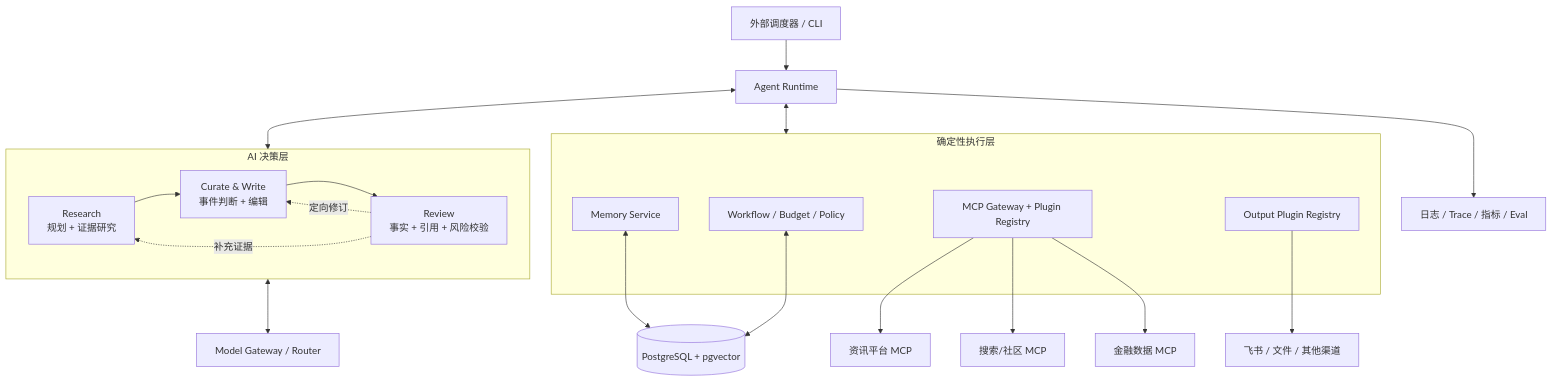
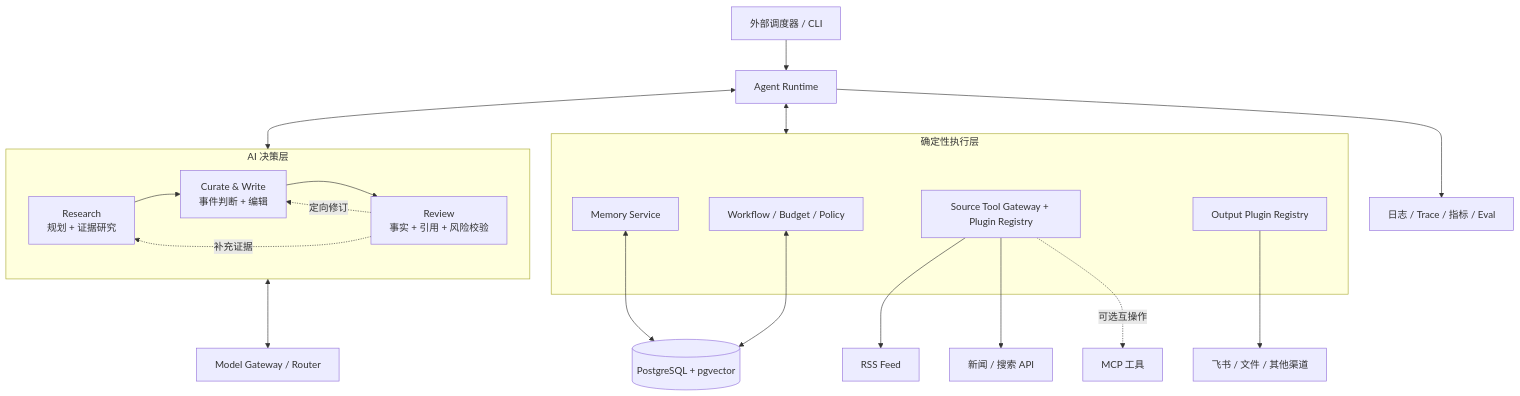
The first of 4 diagrams in docs/technical-design.md (liuxzzz/finance-ai-news-agent), drawn with Mermaid before and after one commit. The commit also changed other lines of this file and 42 other files, not shown here.

````diff
--- a/docs/technical-design.md
+++ b/docs/technical-design.md
@@ -111,32 +112,32 @@
 ```mermaid
 flowchart TB
     S[外部调度器 / CLI] --> RT[Agent Runtime]
 
     subgraph AI["AI 决策层"]
       RA[Research<br/>规划 + 证据研究]
       CW[Curate & Write<br/>事件判断 + 编辑]
       RV[Review<br/>事实 + 引用 + 风险校验]
       RA --> CW --> RV
       RV -.补充证据.-> RA
       RV -.定向修订.-> CW
     end
 
     RT <--> AI
     AI <--> MG[Model Gateway / Router]
 
     subgraph Runtime["确定性执行层"]
       WF[Workflow / Budget / Policy]
-      MCP[MCP Gateway + Plugin Registry]
+      SRC[Source Tool Gateway + Plugin Registry]
       OUT[Output Plugin Registry]
       MEM[Memory Service]
     end
 
     RT <--> Runtime
-    MCP --> P1[资讯平台 MCP]
-    MCP --> P2[搜索/社区 MCP]
-    MCP --> P3[金融数据 MCP]
+    SRC --> P1[RSS Feed]
+    SRC --> P2[新闻 / 搜索 API]
+    SRC -.可选互操作.-> P3[MCP 工具]
     OUT --> P4[飞书 / 文件 / 其他渠道]
     MEM <--> DB[(PostgreSQL + pgvector)]
     WF <--> DB
     RT --> OBS[日志 / Trace / 指标 / Eval]
 ```
````
